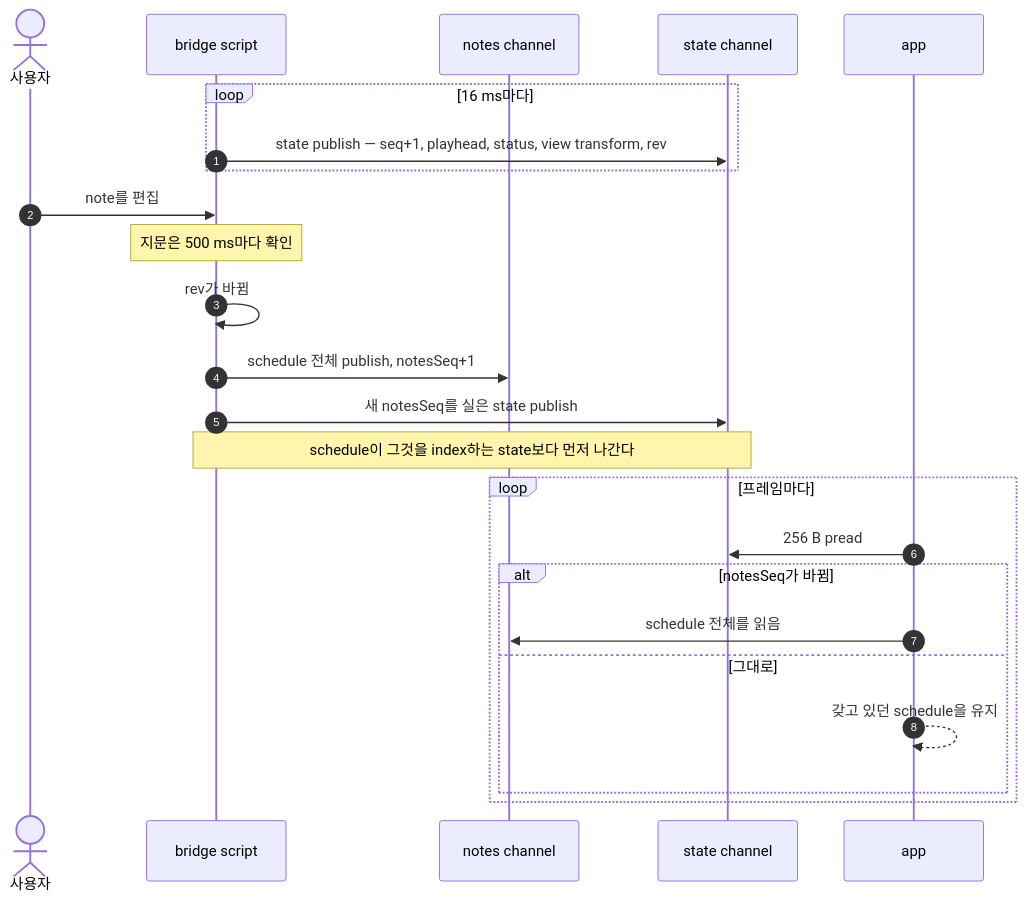
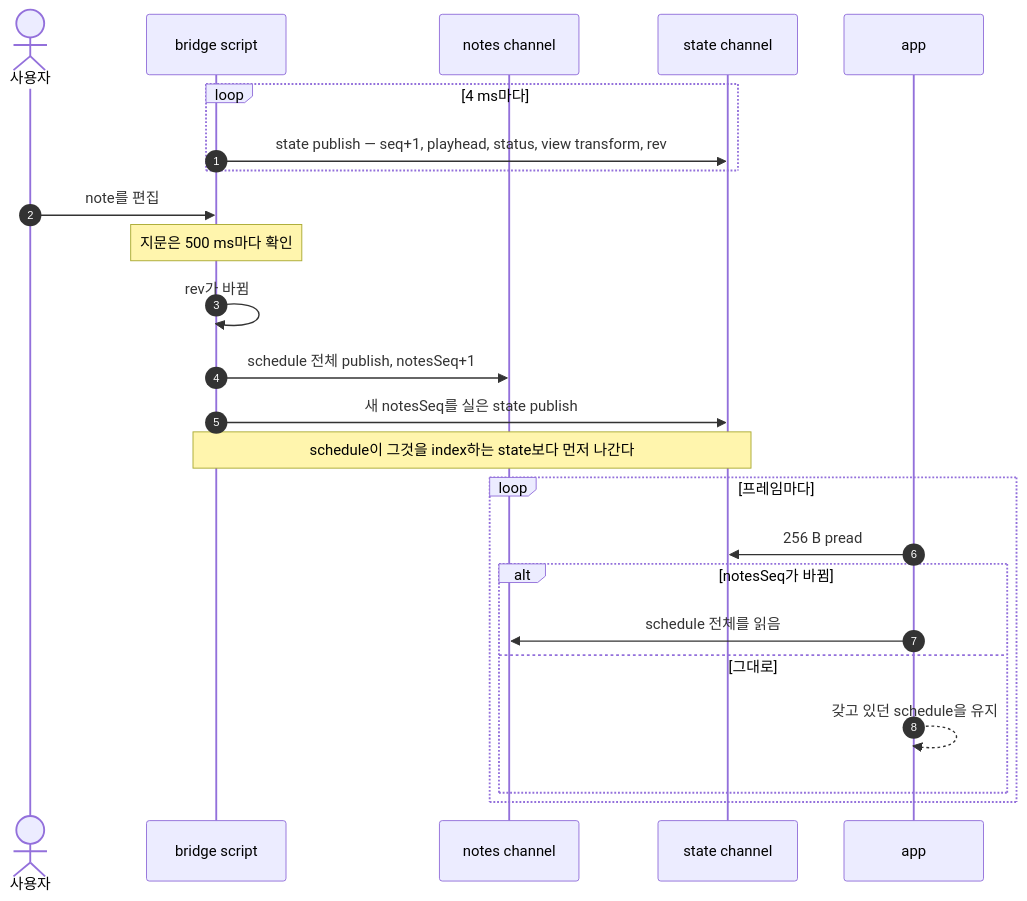
One commit to 0x1f320/karaoke-v changed the diagram in docs/bridge.ko.md. Above: the diagram before and after it, drawn with Mermaid. The commit also changed other lines of this file and 51 other files, not shown here.

````diff
--- a/docs/bridge.ko.md
+++ b/docs/bridge.ko.md
@@ -68,30 +68,30 @@
 ```mermaid
 sequenceDiagram
     autonumber
     actor U as 사용자
     participant S as bridge script
     participant N as notes channel
     participant T as state channel
     participant A as app
 
-    loop 16 ms마다
+    loop 4 ms마다
         S->>T: state publish — seq+1, playhead, status, view transform, rev
     end
 
     U->>S: note를 편집
     Note over S: 지문은 500 ms마다 확인
     S->>S: rev가 바뀜
     S->>N: schedule 전체 publish, notesSeq+1
     S->>T: 새 notesSeq를 실은 state publish
 
     Note over S,T: schedule이 그것을 index하는 state보다 먼저 나간다
 
     loop 프레임마다
         A->>T: 256 B pread
         alt notesSeq가 바뀜
             A->>N: schedule 전체를 읽음
         else 그대로
             A-->>A: 갖고 있던 schedule을 유지
         end
     end
 ```
````
